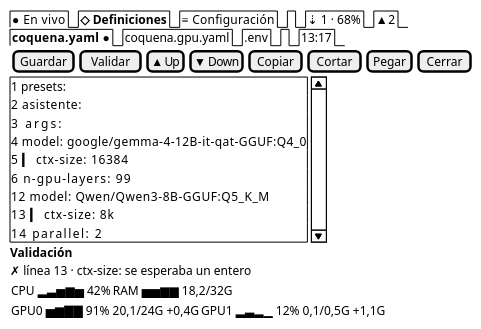
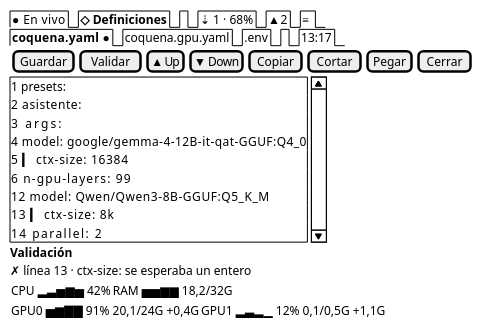
Before and after one commit to mstranich/coquena: the diagram in docs/design/tui/H-editor.salt.puml, drawn with PlantUML. The commit also changed 43 other files, not shown here.

```diff
--- a/docs/design/tui/H-editor.salt.puml
+++ b/docs/design/tui/H-editor.salt.puml
@@ -1,22 +1,22 @@
 @startsalt
 {
-  {/ ● En vivo | <b>◇ Definiciones | ≡ Configuración | . | ⇣ 1 · 68% | ▲ 2 }
+  {/ ● En vivo | <b>◇ Definiciones | . | ⇣ 1 · 68% | ▲ 2 | ≡ }
   {/ <b>coquena.yaml ● | coquena.gpu.yaml | .env | . | 13:17 }
   { [Guardar] | [Validar] | [▲ Up] | [▼ Down] | [Copiar] | [Cortar] | [Pegar] | [Cerrar] }
   {SI
      1 presets:
      2   asistente:
      3     args:
      4       model: google/gemma-4-12B-it-qat-GGUF:Q4_0
      5 ▎     ctx-size: 16384
      6       n-gpu-layers: 99
     12       model: Qwen/Qwen3-8B-GGUF:Q5_K_M
     13 ▎     ctx-size: 8k
     14       parallel: 2
   }
   <b>Validación
   ✗ línea 13 · ctx-size: se esperaba un entero
   { CPU ▂▃▅▆▅ 42% | RAM ▅▅▆▆ 18,2/32G }
   { GPU0 ▅▆▇▇ 91% 20,1/24G +0,4G | GPU1 ▂▃▂▁ 12% 0,1/0,5G +1,1G }
 }
 @endsalt
```
